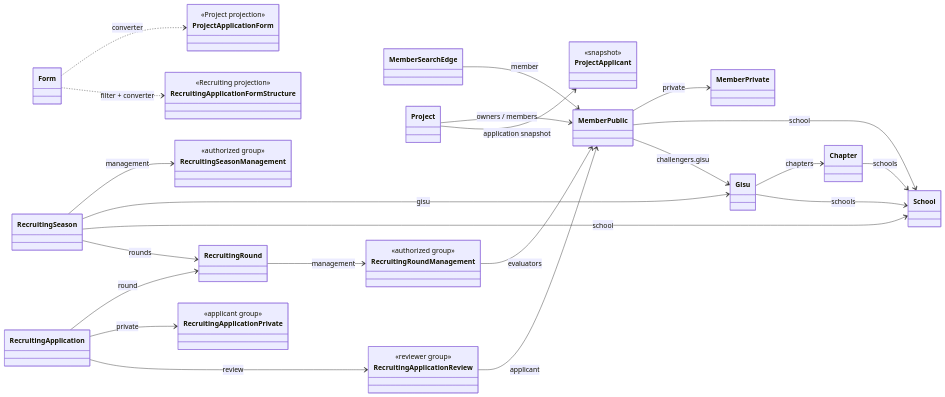
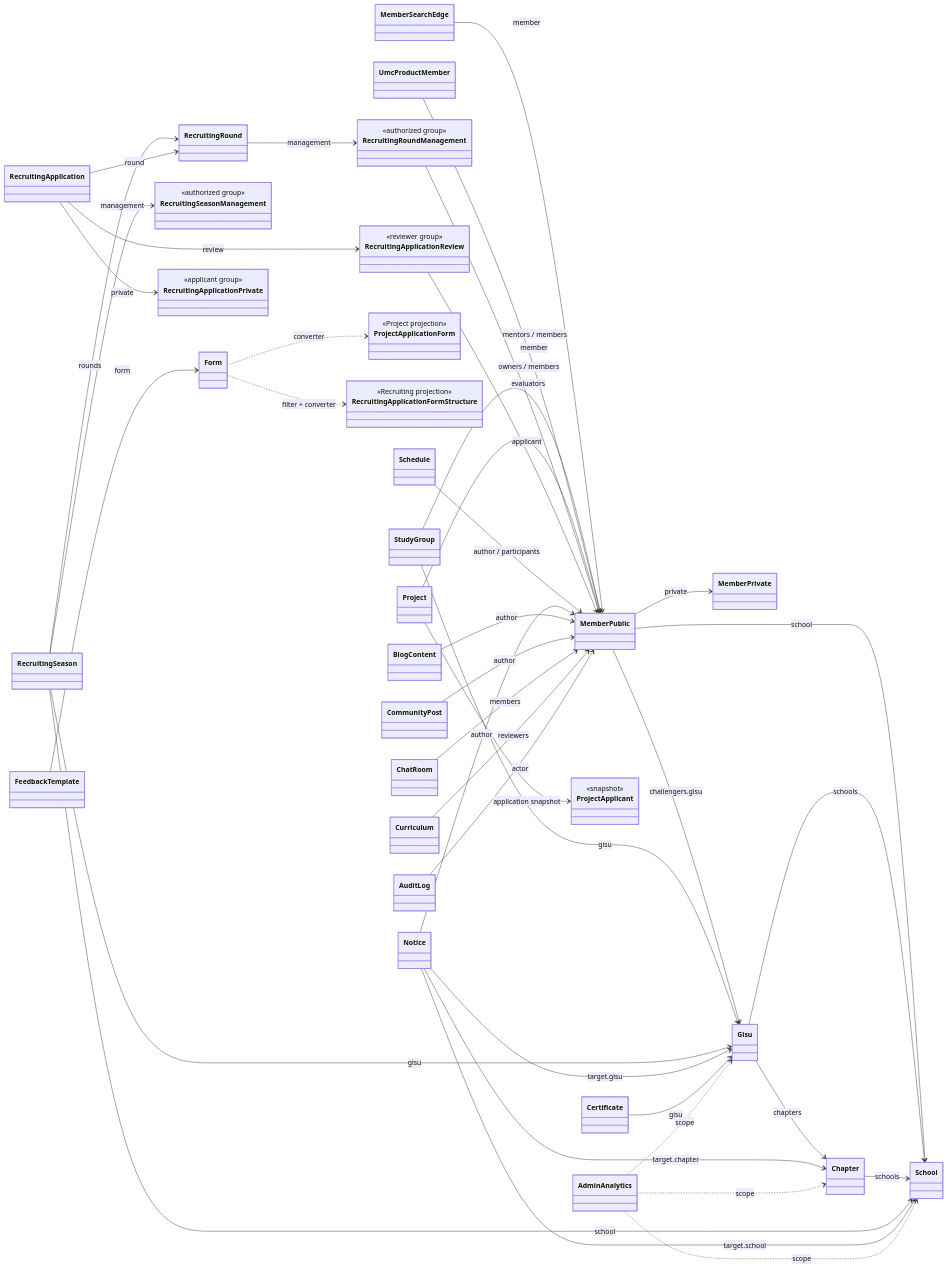
Before and after one commit to UMC-PRODUCT/cygnus-server: the second of 2 diagrams in docs/graphql-schema.md, drawn with Mermaid. The commit also changed other lines of this file and 142 other files, not shown here.

Commit message:
feat: 전체 도메인 GraphQL 계약 확장

````diff
--- a/docs/graphql-schema.md
+++ b/docs/graphql-schema.md
@@ -29,7 +32,10 @@
   class Gisu
   class Chapter
   class School
+  class StudyGroup
+  class UmcProductMember
   class Form
+  class FeedbackTemplate
   class Project
   class ProjectApplicationForm {
     <<Project projection>>
@@ -55,6 +61,15 @@
   class RecruitingApplicationReview {
     <<reviewer group>>
   }
+  class Schedule
+  class Notice
+  class BlogContent
+  class CommunityPost
+  class ChatRoom
+  class Curriculum
+  class Certificate
+  class AuditLog
+  class AdminAnalytics
 
   MemberPublic --> MemberPrivate : private
   MemberSearchEdge --> MemberPublic : member
@@ -63,6 +78,10 @@
   Gisu --> Chapter : chapters
   Gisu --> School : schools
   Chapter --> School : schools
+  StudyGroup --> Gisu : gisu
+  StudyGroup --> MemberPublic : mentors / members
+  UmcProductMember --> MemberPublic : member
+  FeedbackTemplate --> Form : form
   Project --> MemberPublic : owners / members
   Project --> ProjectApplicant : application snapshot
   Form ..> ProjectApplicationForm : converter
@@ -77,4 +96,18 @@
   RecruitingApplication --> RecruitingApplicationReview : review
   RecruitingRoundManagement --> MemberPublic : evaluators
   RecruitingApplicationReview --> MemberPublic : applicant
+  Schedule --> MemberPublic : author / participants
+  Notice --> MemberPublic : author
+  Notice --> Gisu : target.gisu
+  Notice --> Chapter : target.chapter
+  Notice --> School : target.school
+  BlogContent --> MemberPublic : author
+  CommunityPost --> MemberPublic : author
+  ChatRoom --> MemberPublic : members
+  Curriculum --> MemberPublic : reviewers
+  Certificate --> Gisu : gisu
+  AuditLog --> MemberPublic : actor
+  AdminAnalytics ..> Gisu : scope
+  AdminAnalytics ..> Chapter : scope
+  AdminAnalytics ..> School : scope
 ```
````
